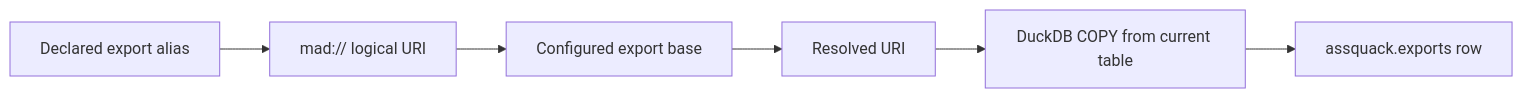
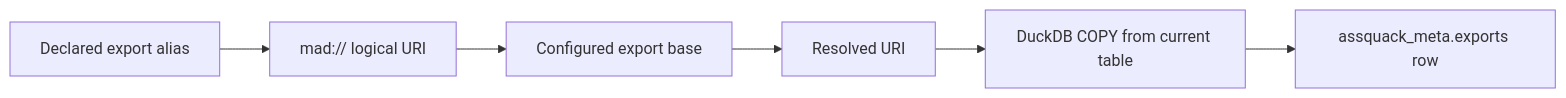
Before and after one commit to RFARQ3/assquack: the diagram in docs/exports.md, drawn with Mermaid. The commit also changed other lines of this file and 6 other files, not shown here.

Commit message:
refactor: update schema name to avoid catalogue collisions

````diff
--- a/docs/exports.md
+++ b/docs/exports.md
@@ -9,8 +9,8 @@
 ```mermaid
 flowchart LR
   Alias[Declared export alias] --> Logical[mad:// logical URI]
   Logical --> Base[Configured export base]
   Base --> Resolved[Resolved URI]
   Resolved --> Copy[DuckDB COPY from current table]
-  Copy --> Manifest[assquack.exports row]
+  Copy --> Manifest[assquack_meta.exports row]
 ```
````
